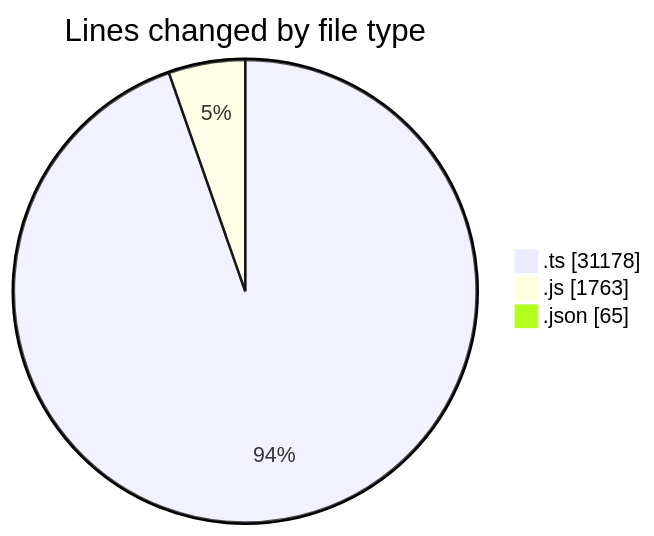
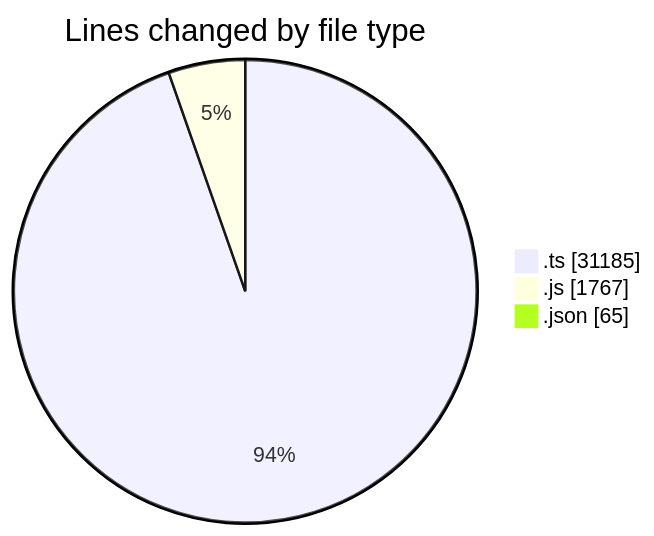
One commit to momahboobian/code-tracking changed the first of 2 diagrams in 2025-07-31/cda/README.md. Above: the diagram before and after it, drawn with Mermaid. The commit also changed other lines of this file and 1 other file, not shown here.

````diff
--- a/2025-07-31/cda/README.md
+++ b/2025-07-31/cda/README.md
@@ -25,7 +25,7 @@
 ```mermaid
 pie showData
 title Lines changed by file type
-".ts" : 31178
-".js" : 1763
+".ts" : 31185
+".js" : 1767
 ".json" : 65
 ```
````
